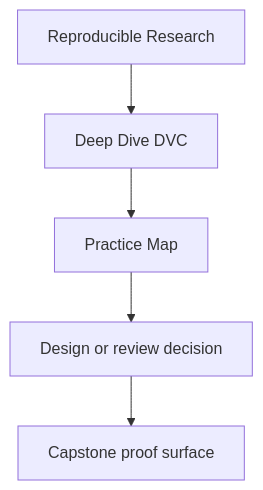
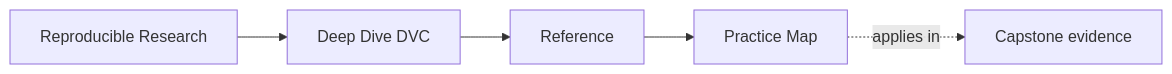
The first of 2 diagrams in programs/reproducible-research/deep-dive-dvc/course-book/reference/practice-map.md (bijux/bijux-masterclass), drawn with Mermaid before and after one commit. The commit also changed other lines of this file and 90 other files, not shown here.

Commit message:
docs(deep-dive-dvc): map publication and recovery review surfaces

````diff
--- a/programs/reproducible-research/deep-dive-dvc/course-book/reference/practice-map.md
+++ b/programs/reproducible-research/deep-dive-dvc/course-book/reference/practice-map.md
@@ -7,7 +7,11 @@
 ```mermaid
-flowchart TD
-  family["Reproducible Research"] --> program["Deep Dive DVC"]
-  program --> reference["Practice Map"]
-  reference --> review["Design or review decision"]
-  review --> capstone["Capstone proof surface"]
+graph LR
+  family["Reproducible Research"]
+  program["Deep Dive DVC"]
+  section["Reference"]
+  page["Practice Map"]
+  capstone["Capstone evidence"]
+
+  family --> program --> section --> page
+  page -.applies in.-> capstone
 ```
````
